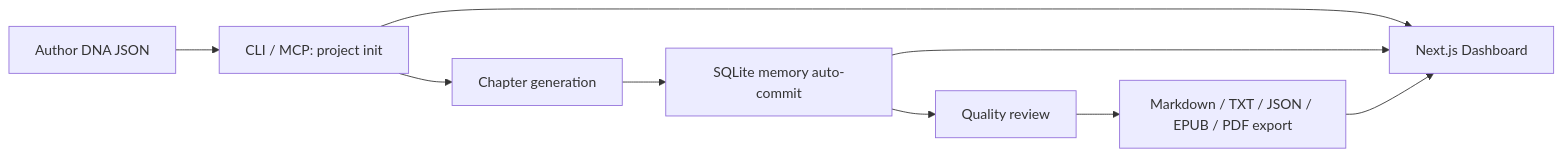
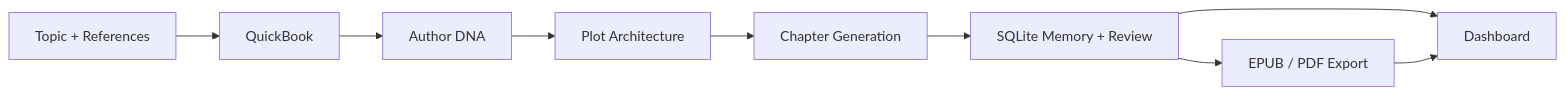
One commit to sinmb79/22B-Novel-One-Click-Long-Form-Novel-Generator- changed the diagram in docs/README.en.md. Above: the diagram before and after it, drawn with Mermaid. The commit also changed other lines of this file and 40 other files, not shown here.

````diff
--- a/docs/README.en.md
+++ b/docs/README.en.md
@@ -21,11 +11,11 @@
 ```mermaid
 flowchart LR
-  A["Author DNA JSON"] --> B["CLI / MCP: project init"]
-  B --> C["Chapter generation"]
-  C --> D["SQLite memory auto-commit"]
-  D --> E["Quality review"]
-  E --> F["Markdown / TXT / JSON / EPUB / PDF export"]
-  B --> G["Next.js Dashboard"]
-  D --> G
-  F --> G
+  A["Topic + References"] --> B["QuickBook"]
+  B --> C["Author DNA"]
+  C --> D["Plot Architecture"]
+  D --> E["Chapter Generation"]
+  E --> F["SQLite Memory + Review"]
+  F --> G["EPUB / PDF Export"]
+  F --> H["Dashboard"]
+  G --> H
 ```
````
